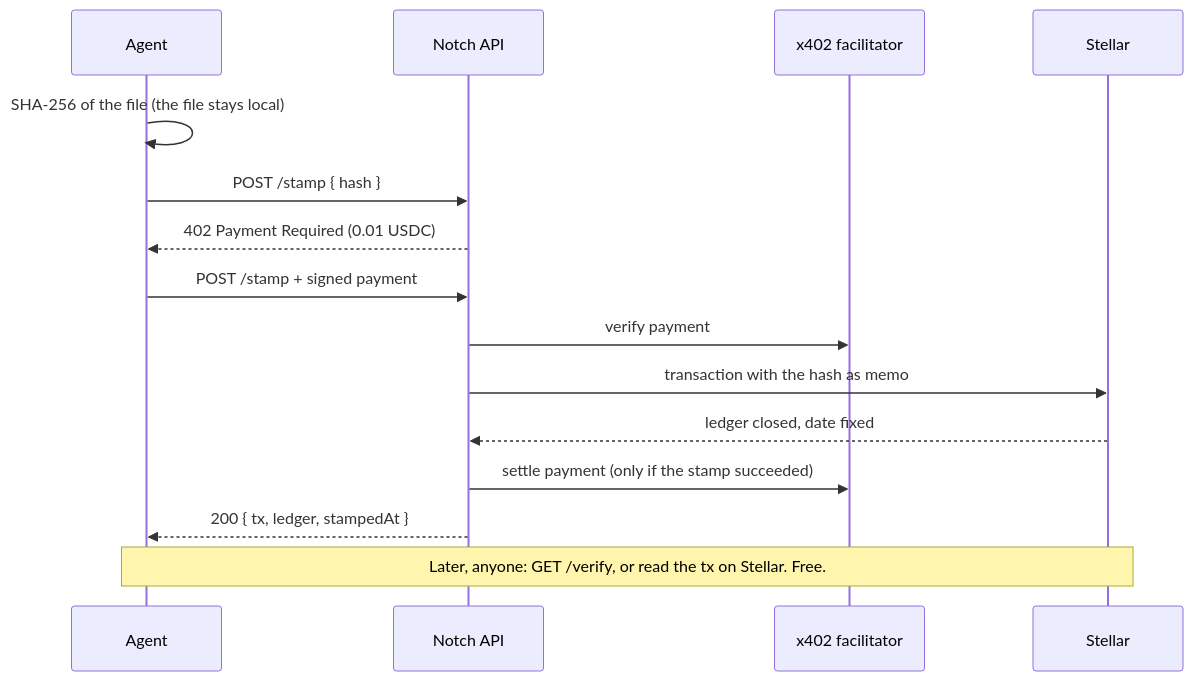
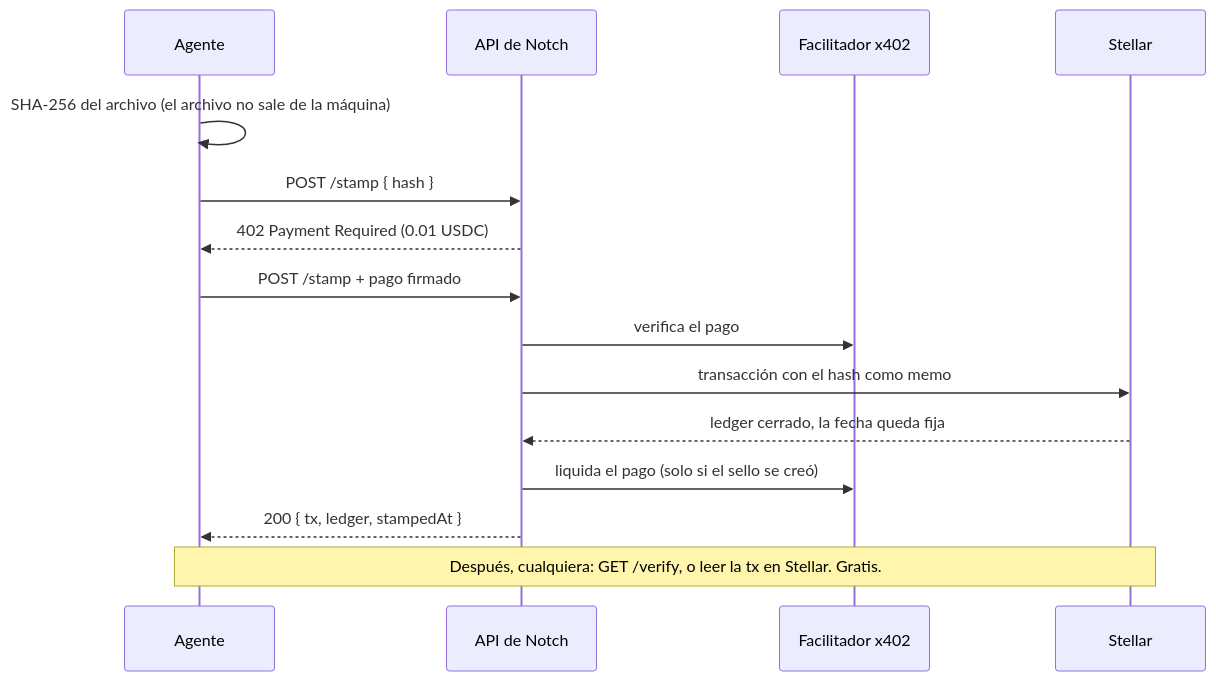
One commit to josecadenax/notch changed the diagram in README.md. Above: the diagram before and after it, drawn with Mermaid. The commit also changed other lines of this file and 1 other file, not shown here.

````diff
--- a/README.md
+++ b/README.md
@@ -21,17 +25,17 @@
 ```mermaid
 sequenceDiagram
-    participant A as Agent
-    participant N as Notch API
-    participant F as x402 facilitator
+    participant A as Agente
+    participant N as API de Notch
+    participant F as Facilitador x402
     participant S as Stellar
-    A->>A: SHA-256 of the file (the file stays local)
+    A->>A: SHA-256 del archivo (el archivo no sale de la máquina)
     A->>N: POST /stamp { hash }
     N-->>A: 402 Payment Required (0.01 USDC)
-    A->>N: POST /stamp + signed payment
-    N->>F: verify payment
-    N->>S: transaction with the hash as memo
-    S-->>N: ledger closed, date fixed
-    N->>F: settle payment (only if the stamp succeeded)
+    A->>N: POST /stamp + pago firmado
+    N->>F: verifica el pago
+    N->>S: transacción con el hash como memo
+    S-->>N: ledger cerrado, la fecha queda fija
+    N->>F: liquida el pago (solo si el sello se creó)
     N-->>A: 200 { tx, ledger, stampedAt }
-    Note over A,S: Later, anyone: GET /verify, or read the tx on Stellar. Free.
+    Note over A,S: Después, cualquiera: GET /verify, o leer la tx en Stellar. Gratis.
 ```
````
